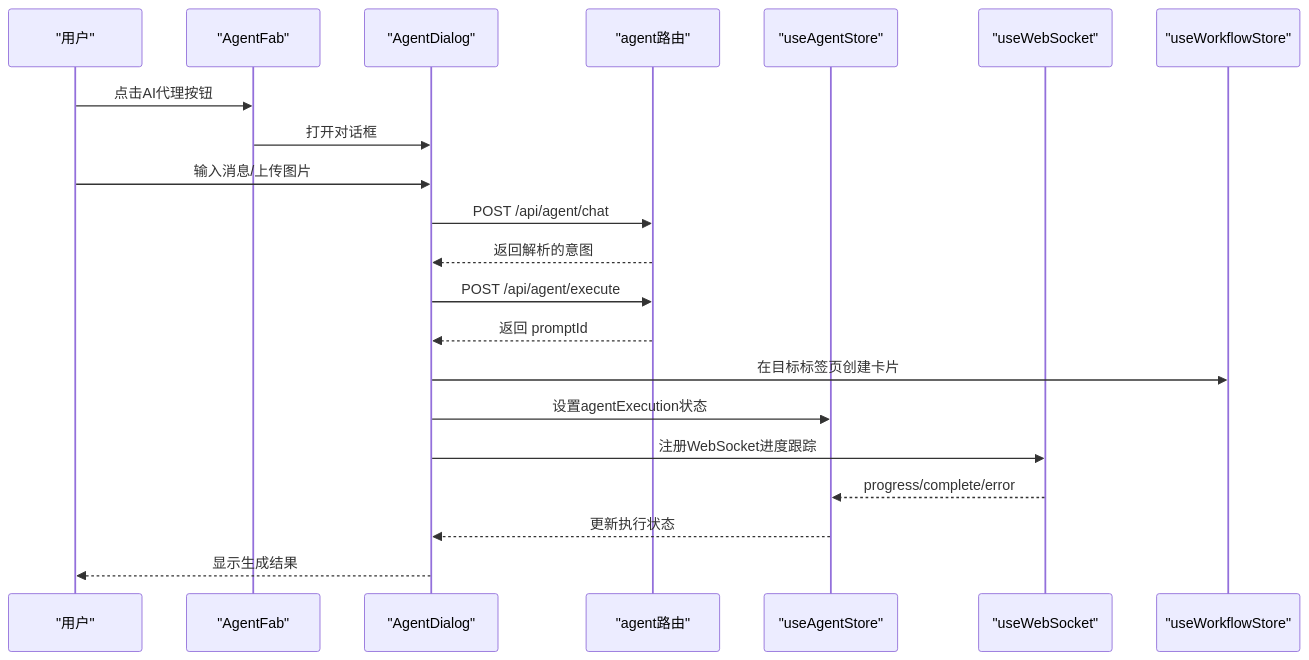
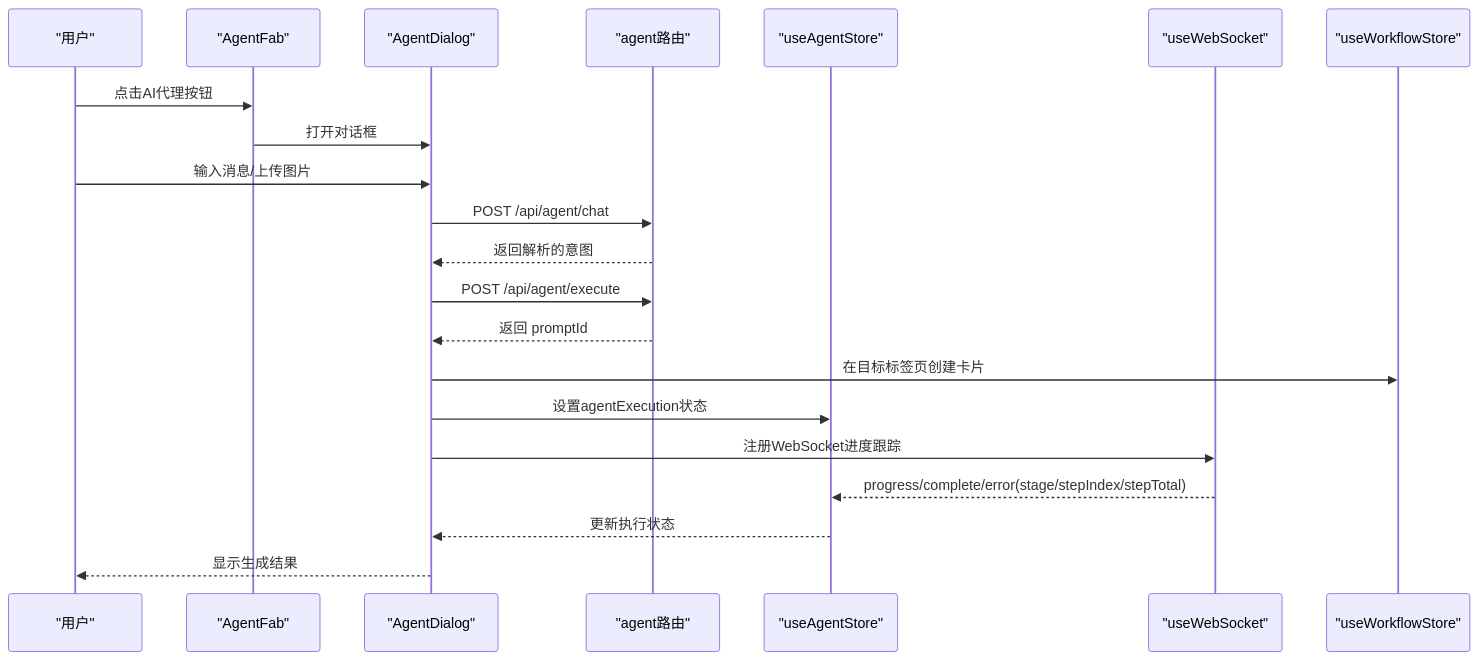
Before and after one commit to billye220670/CorineKit_Pix2Real: the eighth of 9 diagrams in .qoder/repowiki/zh/content/前端应用/状态管理系统/工作流状态管理/工作流状态管理.md, drawn with Mermaid. The commit also changed other lines of this file and 13 other files, not shown here.

````diff
--- a/.qoder/repowiki/zh/content/前端应用/状态管理系统/工作流状态管理/工作流状态管理.md
+++ b/.qoder/repowiki/zh/content/前端应用/状态管理系统/工作流状态管理/工作流状态管理.md
@@ -464,23 +522,23 @@
 ```mermaid
 sequenceDiagram
 participant User as "用户"
 participant AgentFab as "AgentFab"
 participant AgentDialog as "AgentDialog"
 participant AgentAPI as "agent路由"
 participant AgentStore as "useAgentStore"
 participant WS as "useWebSocket"
 participant WorkflowStore as "useWorkflowStore"
 User->>AgentFab : 点击AI代理按钮
 AgentFab->>AgentDialog : 打开对话框
 User->>AgentDialog : 输入消息/上传图片
 AgentDialog->>AgentAPI : POST /api/agent/chat
 AgentAPI-->>AgentDialog : 返回解析的意图
 AgentDialog->>AgentAPI : POST /api/agent/execute
 AgentAPI-->>AgentDialog : 返回 promptId
 AgentDialog->>WorkflowStore : 在目标标签页创建卡片
 AgentDialog->>AgentStore : 设置agentExecution状态
 AgentDialog->>WS : 注册WebSocket进度跟踪
-WS-->>AgentStore : progress/complete/error
+WS-->>AgentStore : progress/complete/error(stage/stepIndex/stepTotal)
 AgentStore-->>AgentDialog : 更新执行状态
 AgentDialog-->>User : 显示生成结果
 ```
````
